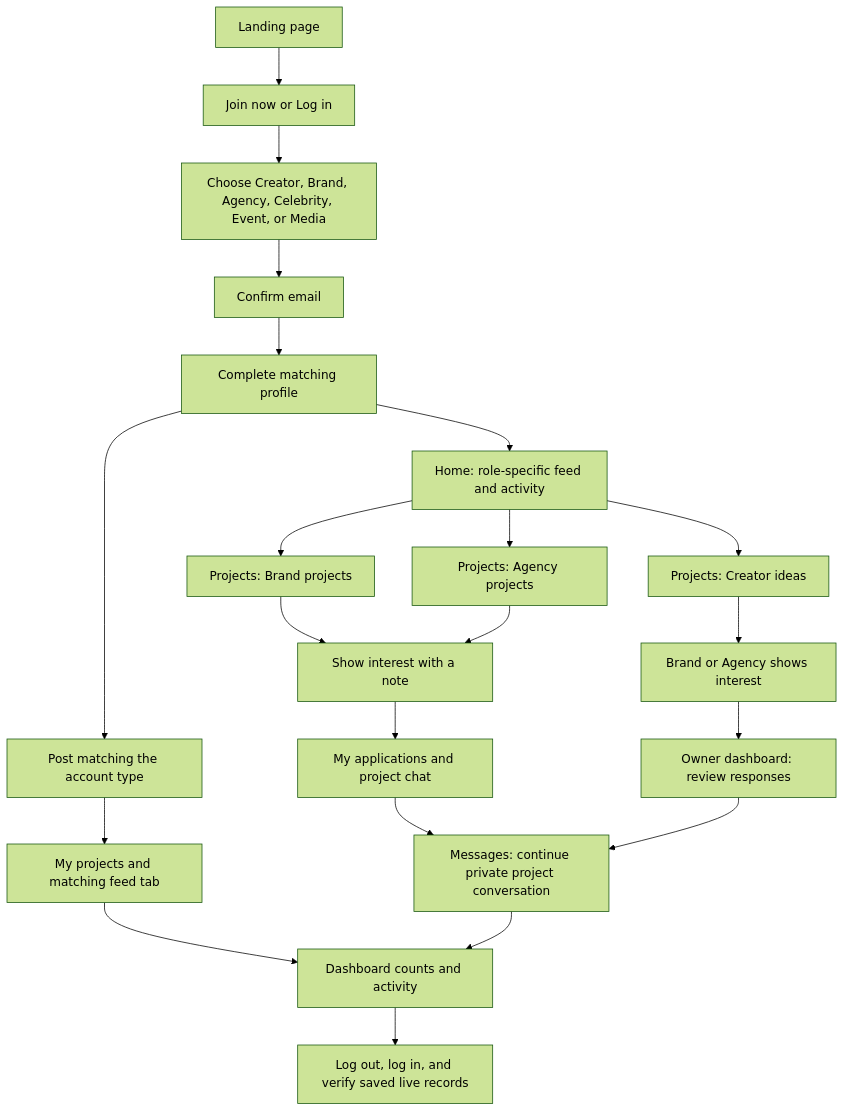
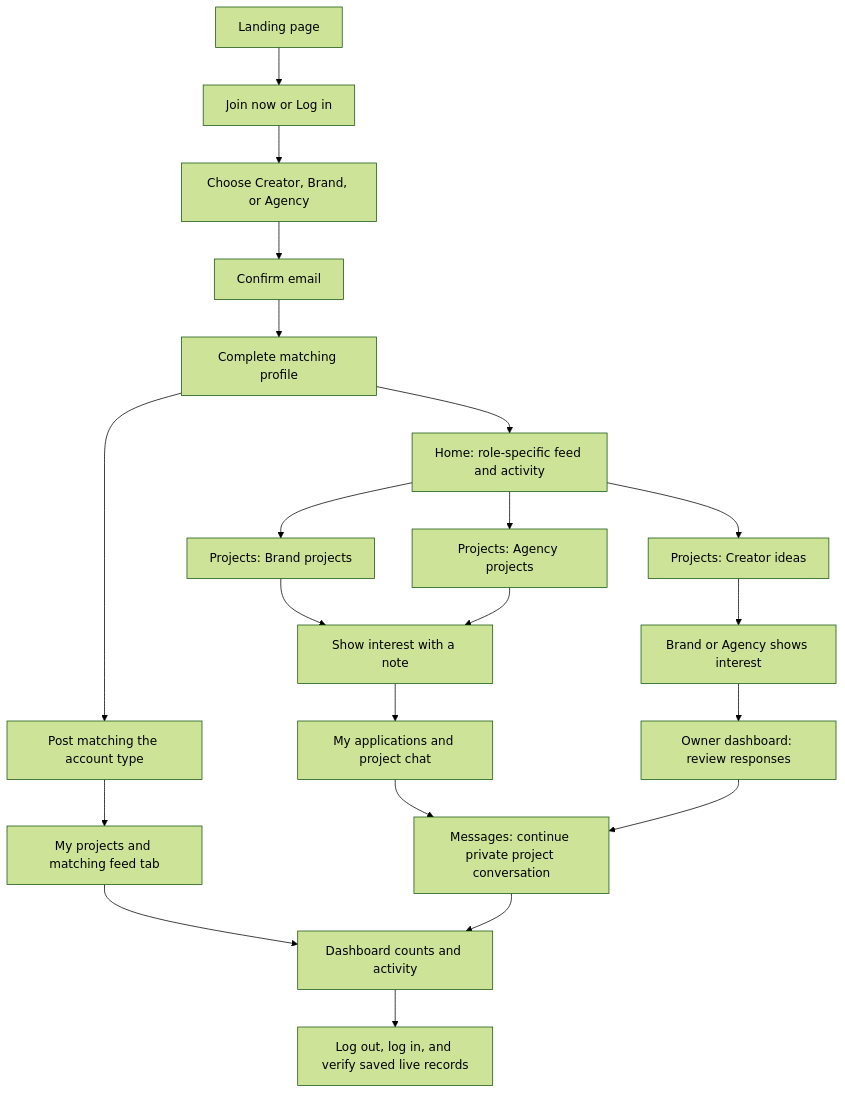
The diagram in USER-JOURNEYS.md (Ratanbharati/BrandMediaCollab), drawn with Mermaid (forest theme) before and after one commit. The commit also changed other lines of this file and 6 other files, not shown here.

````diff
--- a/USER-JOURNEYS.md
+++ b/USER-JOURNEYS.md
@@ -5,23 +5,23 @@
 ```mermaid
 flowchart TD
     A[Landing page] --> B[Join now or Log in]
-    B --> C[Choose Creator, Brand, Agency, Celebrity, Event, or Media]
+    B --> C[Choose Creator, Brand, or Agency]
     C --> D[Confirm email]
     D --> E[Complete matching profile]
     E --> F[Home: role-specific feed and activity]
     F --> G[Projects: Brand projects]
     F --> H[Projects: Creator ideas]
     F --> I[Projects: Agency projects]
     G --> J[Show interest with a note]
     I --> J
     H --> K[Brand or Agency shows interest]
     J --> L[My applications and project chat]
     K --> M[Owner dashboard: review responses]
     L --> N[Messages: continue private project conversation]
     M --> N
     E --> O[Post matching the account type]
     O --> P[My projects and matching feed tab]
     P --> Q[Dashboard counts and activity]
     N --> Q
     Q --> R[Log out, log in, and verify saved live records]
 ```
````
